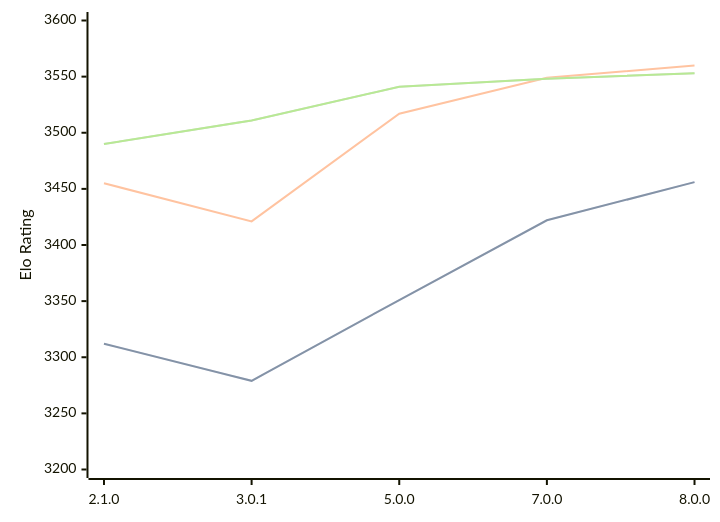
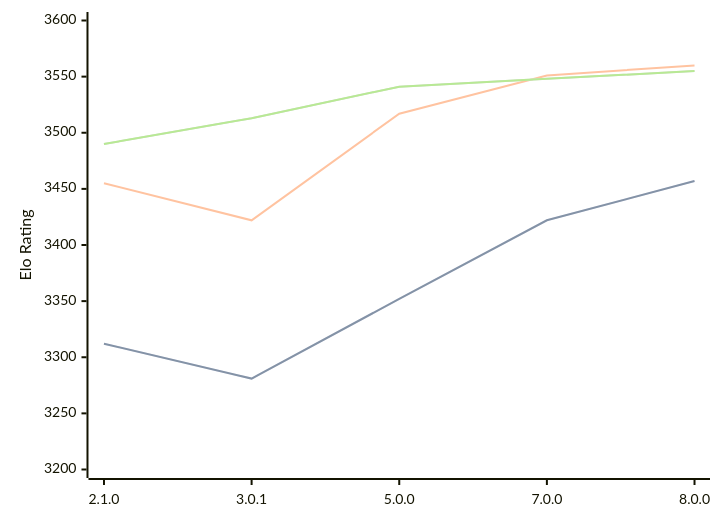
One commit to computer-chess-index/cci changed the first of 3 diagrams in engines/PlentyChess.md. Above: the diagram before and after it, drawn with Mermaid. The commit also changed other lines of this file, not shown here.

Commit message:
Update CCI Ratings (ELO VLTC) - 2026-07-18

````diff
--- a/engines/PlentyChess.md
+++ b/engines/PlentyChess.md
@@ -46,11 +46,11 @@
 ```mermaid
 %%{init: {"theme":"base","themeVariables":{"seriesColors:['#a3a3a3','#222221','#faa371']}}}%%
 xychart-beta
   x-axis ["2.1.0", "3.0.1", "5.0.0", "7.0.0", "8.0.0"]
   y-axis "Elo Rating" 3200 --> 3600
-  line "STC (8.0+0.08s)" [3312, 3279, 3351, 3422, 3456]
-  line "STC (8.0+0.08s)" [3312, 3279, 3351, 3422, 3456]
-  line "LTC (60.0+0.60s)" [3455, 3421, 3517, 3549, 3560]
-  line "VLTC (2m24s+1.12s)" [3490, 3511, 3541, 3548, 3553]
-  line "VLTC (2m24s+1.12s)" [3490, 3511, 3541, 3548, 3553]
+  line "STC (8.0+0.08s)" [3312, 3281, 3352, 3422, 3457]
+  line "STC (8.0+0.08s)" [3312, 3281, 3352, 3422, 3457]
+  line "LTC (60.0+0.60s)" [3455, 3422, 3517, 3551, 3560]
+  line "VLTC (2m24s+1.12s)" [3490, 3513, 3541, 3548, 3555]
+  line "VLTC (2m24s+1.12s)" [3490, 3513, 3541, 3548, 3555]
 ```
````
